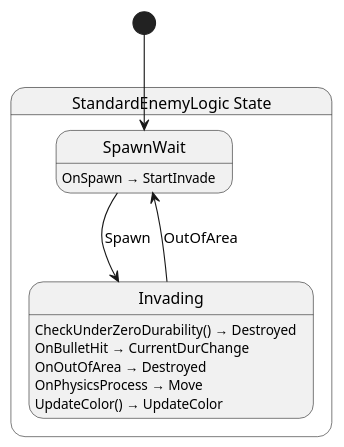
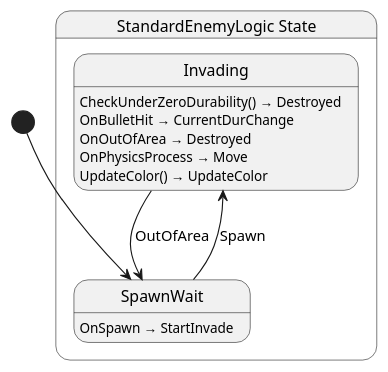
Before and after one commit to Ygoat/EternalJourney: the diagram in src/enemy/standard/state/StandardEnemyLogic.g.puml, drawn with PlantUML. The commit also changed other lines of this file and 18 other files, not shown here.

```diff
--- a/src/enemy/standard/state/StandardEnemyLogic.g.puml
+++ b/src/enemy/standard/state/StandardEnemyLogic.g.puml
@@ -1,18 +1,18 @@
 @startuml StandardEnemyLogic
 state "StandardEnemyLogic State" as EternalJourney_Enemy_Standard_State_StandardEnemyLogic_State {
+  state "Invading" as EternalJourney_Enemy_Standard_State_StandardEnemyLogic_State_Invading
   state "SpawnWait" as EternalJourney_Enemy_Standard_State_StandardEnemyLogic_State_SpawnWait
-  state "Invading" as EternalJourney_Enemy_Standard_State_StandardEnemyLogic_State_Invading
 }
 
 EternalJourney_Enemy_Standard_State_StandardEnemyLogic_State_Invading --> EternalJourney_Enemy_Standard_State_StandardEnemyLogic_State_SpawnWait : OutOfArea
 EternalJourney_Enemy_Standard_State_StandardEnemyLogic_State_SpawnWait --> EternalJourney_Enemy_Standard_State_StandardEnemyLogic_State_Invading : Spawn
 
 EternalJourney_Enemy_Standard_State_StandardEnemyLogic_State_Invading : CheckUnderZeroDurability() → Destroyed
 EternalJourney_Enemy_Standard_State_StandardEnemyLogic_State_Invading : OnBulletHit → CurrentDurChange
 EternalJourney_Enemy_Standard_State_StandardEnemyLogic_State_Invading : OnOutOfArea → Destroyed
 EternalJourney_Enemy_Standard_State_StandardEnemyLogic_State_Invading : OnPhysicsProcess → Move
 EternalJourney_Enemy_Standard_State_StandardEnemyLogic_State_Invading : UpdateColor() → UpdateColor
 EternalJourney_Enemy_Standard_State_StandardEnemyLogic_State_SpawnWait : OnSpawn → StartInvade
 
 [*] --> EternalJourney_Enemy_Standard_State_StandardEnemyLogic_State_SpawnWait
 @enduml
```
